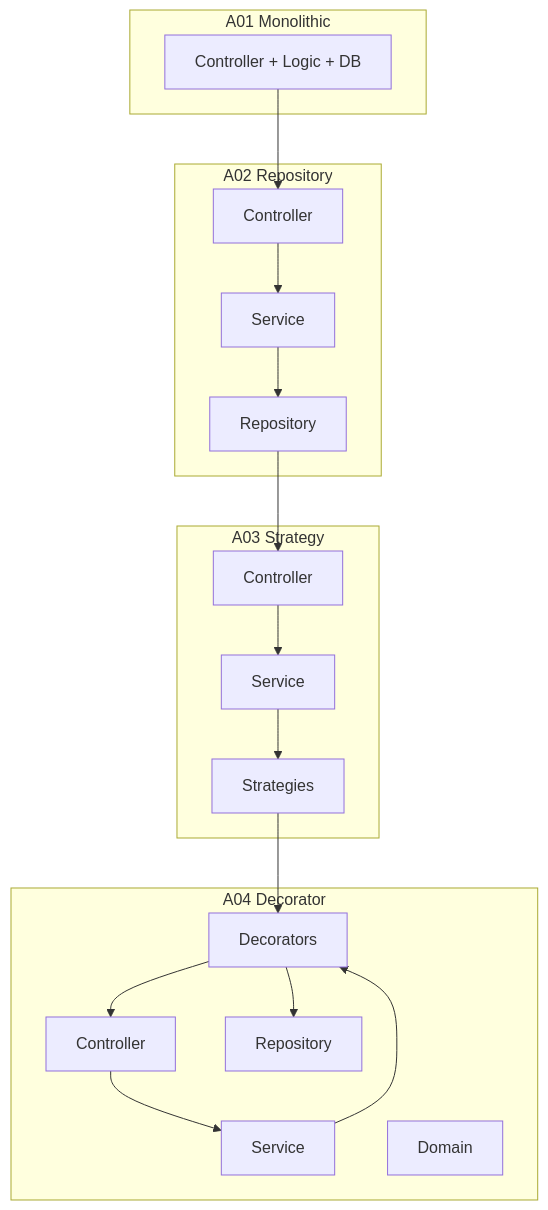
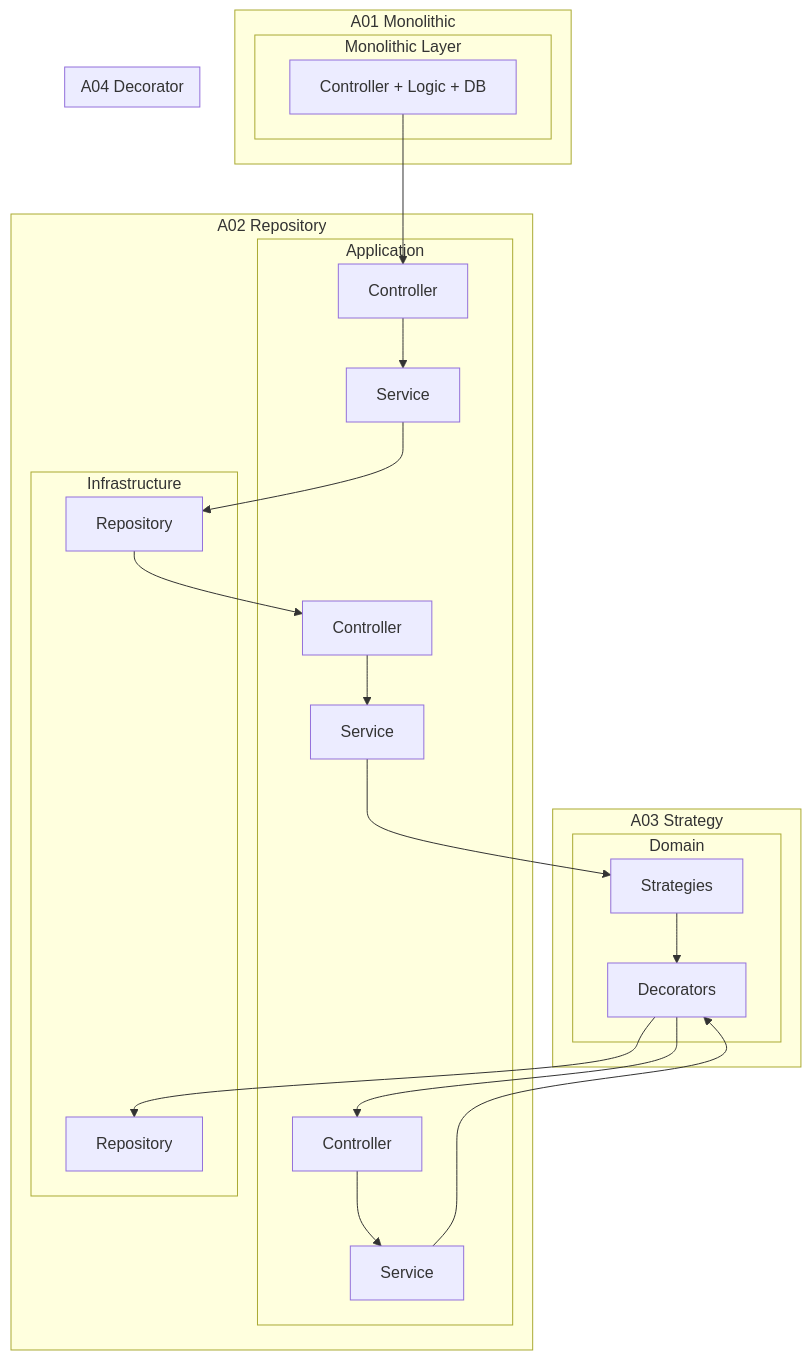
The sixth of 6 diagrams in README.md (MMoza/reservations), drawn with Mermaid before and after one commit.

Commit message:
upgrade flowchart evolution architecture

````diff
--- a/README.md
+++ b/README.md
@@ -552,40 +552,65 @@
 ```mermaid
 flowchart TD
 
-    %% Top Row
+    %% A01
     subgraph A01 Monolithic
-        M1["Controller + Logic + DB"]
+        subgraph Monolithic Layer
+            M1["Controller + Logic + DB"]
+        end
     end
 
+    %% A02
     subgraph A02 Repository
-        C2[Controller]
-        S2[Service]
-        R2[Repository]
-        C2 --> S2 --> R2
+        subgraph Application
+            C2[Controller]
+            S2[Service]
+            C2 --> S2
+        end
+
+        subgraph Infrastructure
+            R2[Repository]
+        end
+
+        S2 --> R2
     end
 
-    %% Bottom Row
+    %% A03
     subgraph A03 Strategy
-        C3[Controller]
-        S3[Service]
-        ST3[Strategies]
-        C3 --> S3 --> ST3
+        subgraph Application
+            C3[Controller]
+            S3[Service]
+            C3 --> S3
+        end
+
+        subgraph Domain
+            ST3[Strategies]
+        end
+
+        S3 --> ST3
     end
 
+    %% A04
     subgraph A04 Decorator
-        C4[Controller]
-        S4[Service]
-        D4[Domain]
-        DE4[Decorators]
-        R3[Repository]
-        C4 --> S4 --> DE4 --> R3
+        subgraph Application
+            C4[Controller]
+            S4[Service]
+            C4 --> S4
+        end
+
+        subgraph Domain
+            DE4[Decorators]
+        end
+
+        subgraph Infrastructure
+            R3[Repository]
+        end
+
+        S4 --> DE4 --> R3
     end
 
-    %% Layout connections (square shape)
+    %% Evolución (forma cuadrada)
     M1 --> C2
-
     R2 --> C3
     ST3 --> DE4
-
     DE4 --> C4
 ```
````
